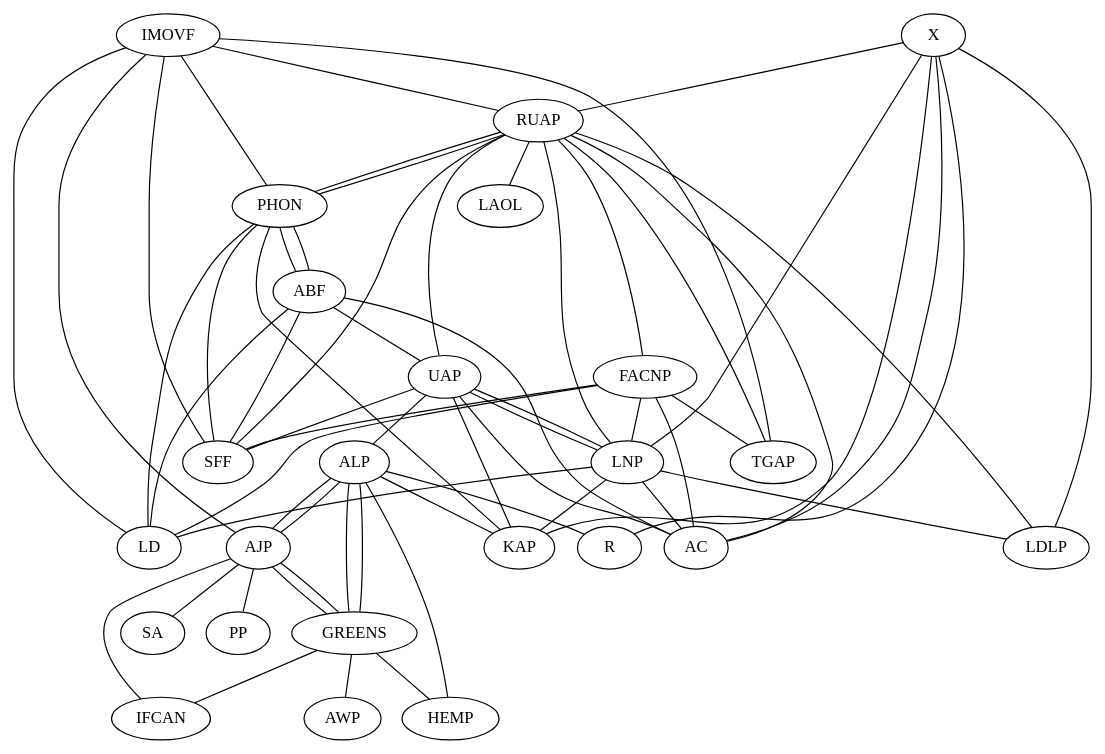
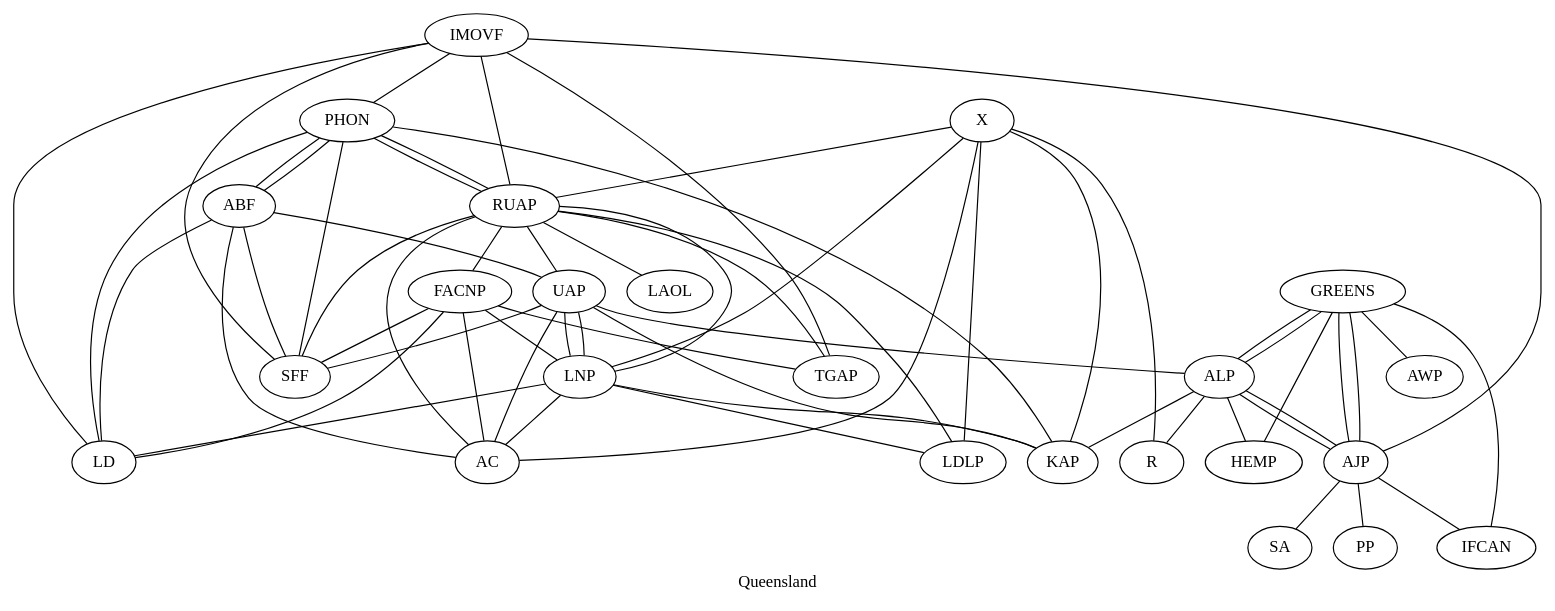
The diagram in queensland.dot (peterkmurphy/senate-htv-sna), drawn with Graphviz before and after one commit. The commit also changed 5 other files, not shown here.

```diff
--- a/queensland.dot
+++ b/queensland.dot
@@ -1,63 +1,65 @@
 graph G  {
+    graph [label = "Queensland"];
+    GREENS [ pos = "0,0" ];    
     RUAP -- PHON;
     RUAP -- UAP;
     RUAP -- LNP;
     RUAP -- FACNP;
     RUAP -- AC;
     RUAP -- LDLP;
     RUAP -- TGAP;
     RUAP -- LAOL;
     RUAP -- SFF;
     PHON -- KAP;
     PHON -- ABF;
     PHON -- LD;
     PHON -- SFF;
     PHON -- RUAP;
     UAP -- LNP;
     UAP -- AC;
     UAP -- KAP;
     UAP -- SFF;
     UAP -- ALP;
     LNP -- UAP;
     LNP -- KAP;
     LNP -- AC;
     LNP -- LDLP;
     LNP -- LD;
     IMOVF -- SFF;
     IMOVF -- LD;
     IMOVF -- AJP;
     IMOVF -- TGAP;
     IMOVF -- PHON;
     IMOVF -- RUAP;
     AJP -- SA
     AJP -- PP
     AJP -- IFCAN
     AJP -- GREENS
     AJP -- ALP
     GREENS -- IFCAN
     GREENS -- AWP
     GREENS -- AJP
     GREENS -- ALP
     GREENS -- HEMP
     FACNP -- TGAP
     FACNP -- LNP
     FACNP -- AC
     FACNP -- SFF
     FACNP -- LD
     ALP -- GREENS 
     ALP -- AJP 
     ALP -- KAP 
     ALP -- HEMP 
     ALP -- R
     ABF -- PHON 
     ABF -- SFF 
     ABF -- LD 
     ABF -- UAP 
     ABF -- AC
     X -- AC 
     X -- LDLP 
     X -- KAP 
     X -- R 
     X -- RUAP 
     X -- LNP  
 }
```
